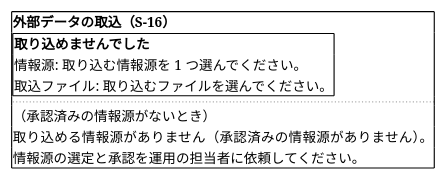
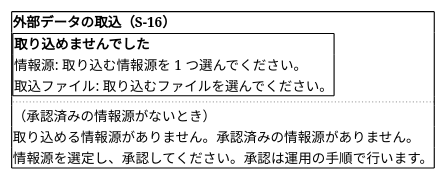
The third of 5 diagrams in docs/development/cargo-tracker/bolt_39c_plan.md (k2works/practical-domain-driven-design-in-enterpris-application), drawn with PlantUML before and after one commit. The commit also changed other lines of this file and 2 other files, not shown here.

````diff
--- a/docs/development/cargo-tracker/bolt_39c_plan.md
+++ b/docs/development/cargo-tracker/bolt_39c_plan.md
@@ -217,16 +226,16 @@
 ```plantuml
 @startsalt
 {+
   <b>外部データの取込（S-16）
   {+
     <b>取り込めませんでした
     情報源: 取り込む情報源を 1 つ選んでください。
     取込ファイル: 取り込むファイルを選んでください。
   }
   ..
   （承認済みの情報源がないとき）
-  取り込める情報源がありません（承認済みの情報源がありません）。
-  情報源の選定と承認を運用の担当者に依頼してください。
+  取り込める情報源がありません。承認済みの情報源がありません。
+  情報源を選定し、承認してください。承認は運用の手順で行います。
 }
 @endsalt
 ```
````
